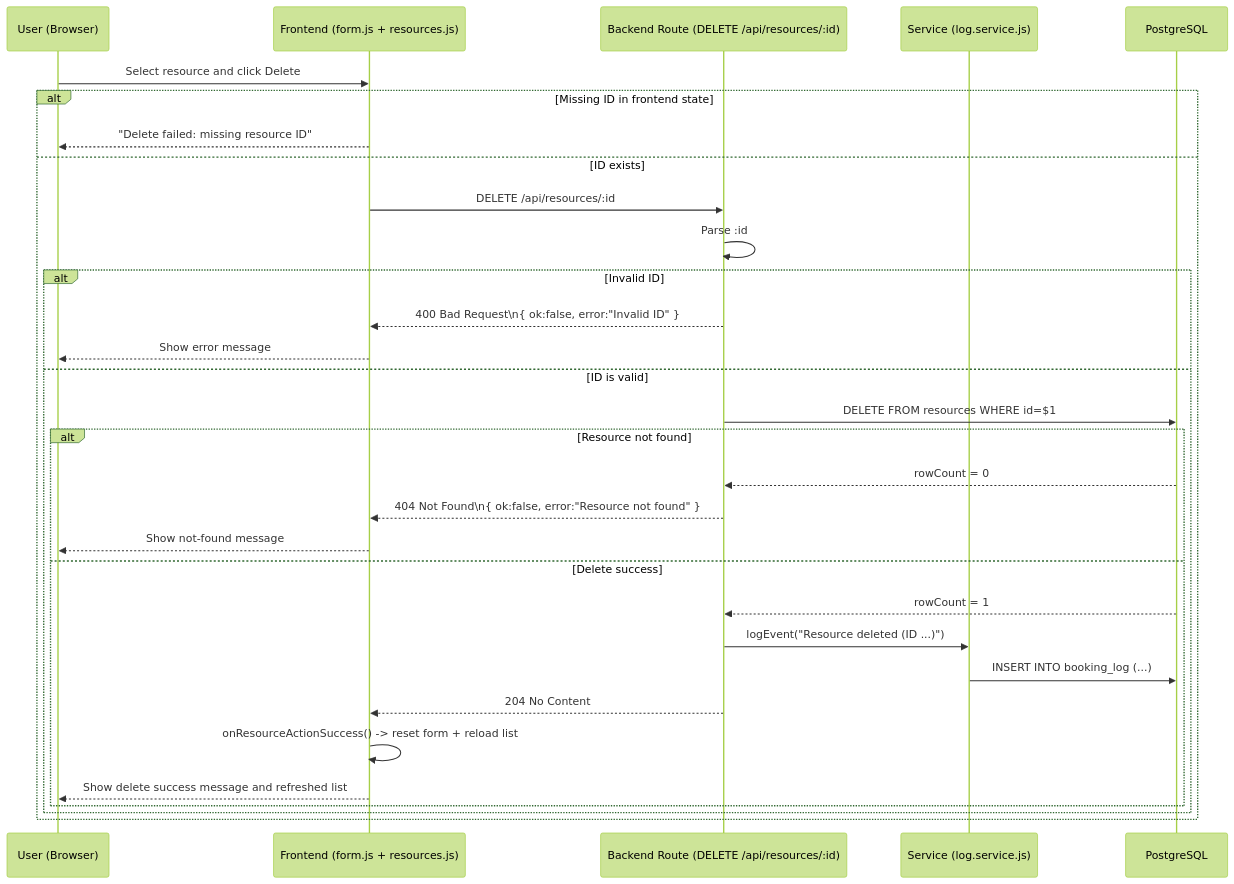
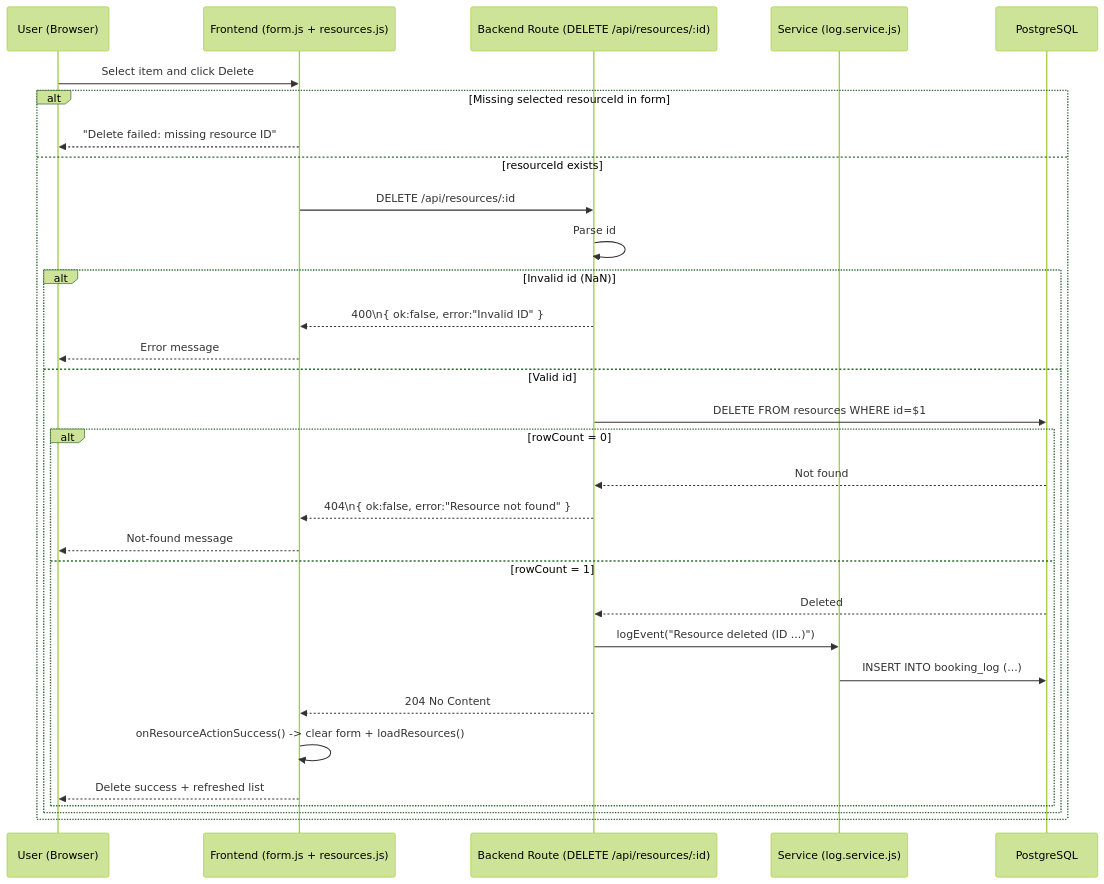
Before and after one commit to NurAhammadNiloy/Advanced-web-development: the fourth of 4 diagrams in Booking system/Phase6/G1_CRUD_DataFlow.md, drawn with Mermaid (forest theme). The commit also changed other lines of this file and 1 other file, not shown here.

Commit message:
Refine CRUD data flow docs for accuracy and precision

````diff
--- a/Booking system/Phase6/G1_CRUD_DataFlow.md
+++ b/Booking system/Phase6/G1_CRUD_DataFlow.md
@@ -126,37 +129,37 @@
 ```mermaid
 sequenceDiagram
     participant U as User (Browser)
     participant F as Frontend (form.js + resources.js)
     participant B as Backend Route (DELETE /api/resources/:id)
     participant S as Service (log.service.js)
     participant DB as PostgreSQL
 
-    U->>F: Select resource and click Delete
+    U->>F: Select item and click Delete
 
-    alt Missing ID in frontend state
+    alt Missing selected resourceId in form
         F-->>U: "Delete failed: missing resource ID"
-    else ID exists
+    else resourceId exists
         F->>B: DELETE /api/resources/:id
-        B->>B: Parse :id
+        B->>B: Parse id
 
-        alt Invalid ID
-            B-->>F: 400 Bad Request\n{ ok:false, error:"Invalid ID" }
-            F-->>U: Show error message
-        else ID is valid
+        alt Invalid id (NaN)
+            B-->>F: 400\n{ ok:false, error:"Invalid ID" }
+            F-->>U: Error message
+        else Valid id
             B->>DB: DELETE FROM resources WHERE id=$1
 
-            alt Resource not found
-                DB-->>B: rowCount = 0
-                B-->>F: 404 Not Found\n{ ok:false, error:"Resource not found" }
-                F-->>U: Show not-found message
-            else Delete success
-                DB-->>B: rowCount = 1
+            alt rowCount = 0
+                DB-->>B: Not found
+                B-->>F: 404\n{ ok:false, error:"Resource not found" }
+                F-->>U: Not-found message
+            else rowCount = 1
+                DB-->>B: Deleted
                 B->>S: logEvent("Resource deleted (ID ...)")
                 S->>DB: INSERT INTO booking_log (...)
                 B-->>F: 204 No Content
-                F->>F: onResourceActionSuccess() -> reset form + reload list
-                F-->>U: Show delete success message and refreshed list
+                F->>F: onResourceActionSuccess() -> clear form + loadResources()
+                F-->>U: Delete success + refreshed list
             end
         end
     end
 ```
````
